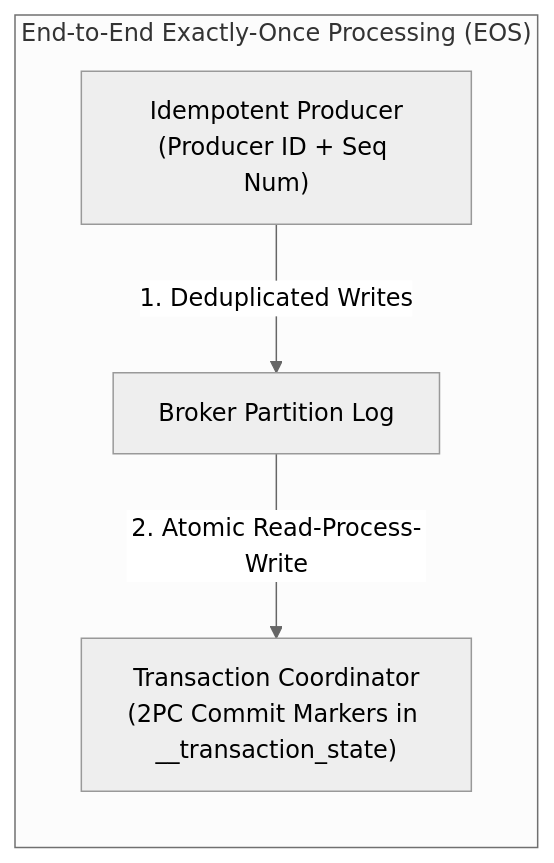
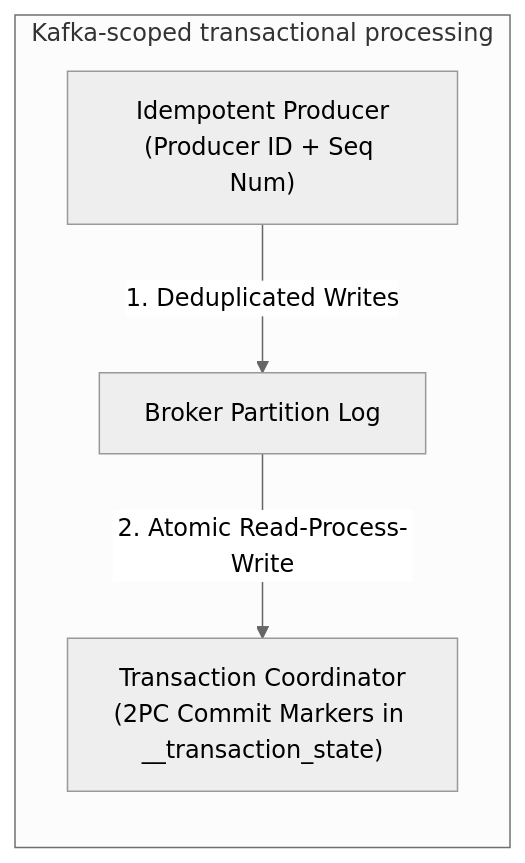
The fifth of 5 diagrams in 19. Distributed Message Queue/README.md (abhinnaagrawal/system-design-notes), drawn with Mermaid (neutral theme) before and after one commit. The commit also changed other lines of this file and 83 other files, not shown here.

````diff
--- a/19. Distributed Message Queue/README.md
+++ b/19. Distributed Message Queue/README.md
@@ -316,7 +320,7 @@
 ```mermaid
 flowchart LR
-    subgraph EOS_Anatomy["End-to-End Exactly-Once Processing (EOS)"]
+    subgraph EOS_Anatomy["Kafka-scoped transactional processing"]
         Producer["Idempotent Producer<br/>(Producer ID + Seq Num)"] -->|1. Deduplicated Writes| Broker["Broker Partition Log"]
         Broker -->|2. Atomic Read-Process-Write| TxCoordinator["Transaction Coordinator<br/>(2PC Commit Markers in __transaction_state)"]
     end
 ```
````
